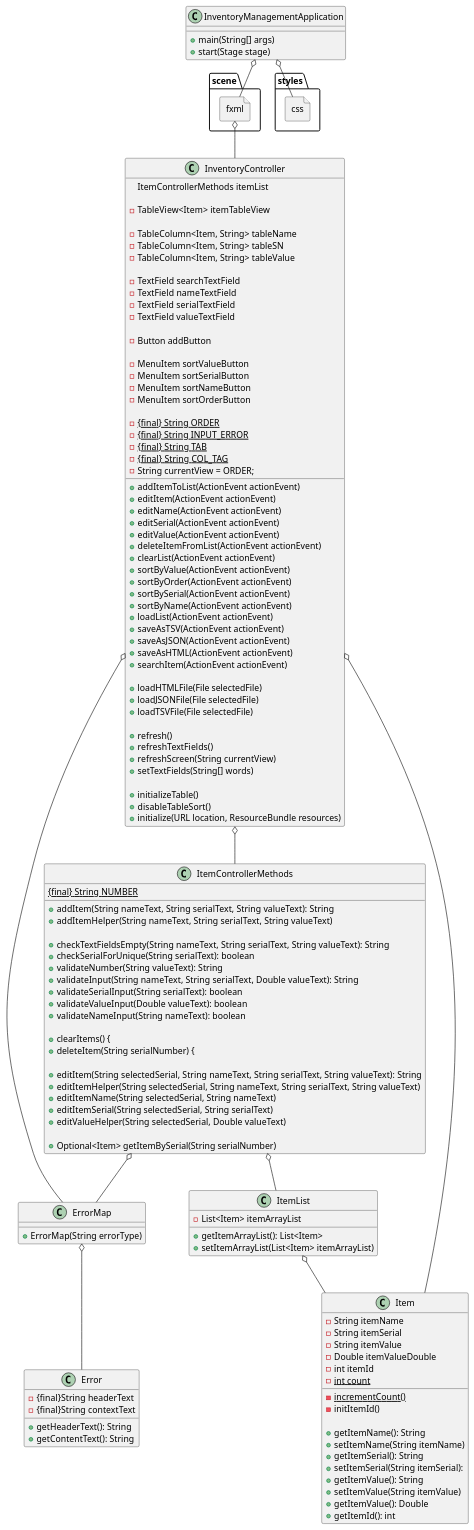
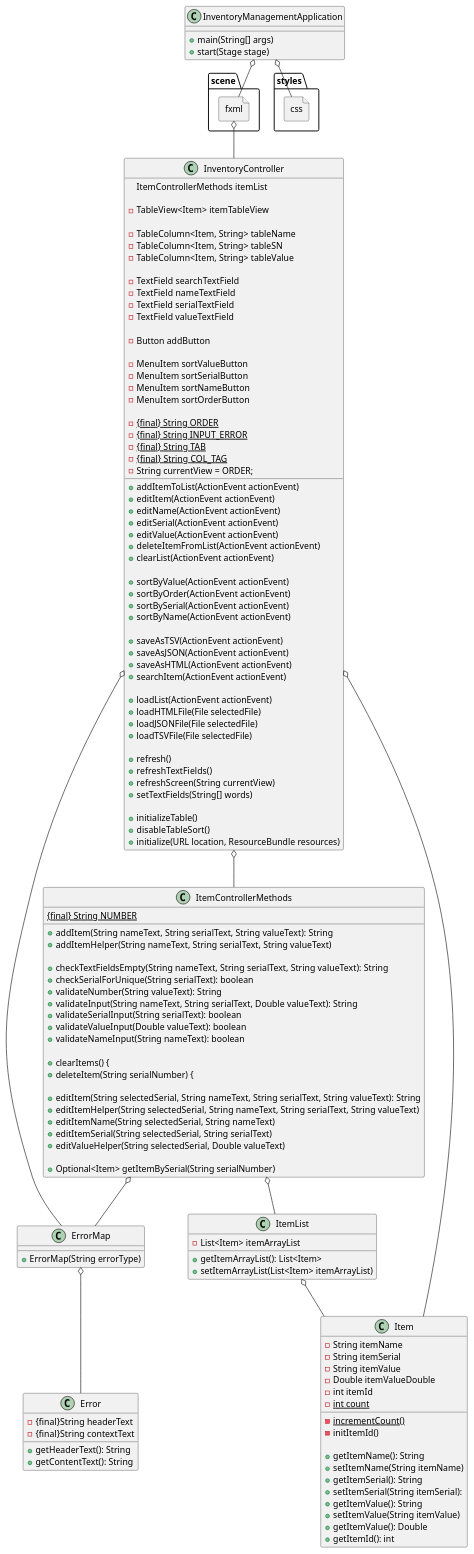
One commit to nader-fares/fares-app2 changed the diagram in InventoryManager/docs/main.puml. Above: the diagram before and after it, drawn with PlantUML. The commit also changed 1 other file, not shown here.

Commit message:
update uml

```diff
--- a/InventoryManager/docs/main.puml
+++ b/InventoryManager/docs/main.puml
@@ -1,156 +1,158 @@
 @startuml
 'https://plantuml.com/sequence-diagram
 
 class InventoryManagementApplication {
 +main(String[] args)
 +start(Stage stage)
 }
 
 class Error {
 -{final}String headerText
 -{final}String contextText
 +getHeaderText(): String
 +getContentText(): String
 }
 
 class ErrorMap {
 +ErrorMap(String errorType)
 }
 
 class InventoryController {
 ItemControllerMethods itemList
 
 -TableView<Item> itemTableView
 
 -TableColumn<Item, String> tableName
 -TableColumn<Item, String> tableSN
 -TableColumn<Item, String> tableValue
 
 -TextField searchTextField
 -TextField nameTextField
 -TextField serialTextField
 -TextField valueTextField
 
 -Button addButton
 
 -MenuItem sortValueButton
 -MenuItem sortSerialButton
 -MenuItem sortNameButton
 -MenuItem sortOrderButton
 
 -{static} {final} String ORDER
 -{static} {final} String INPUT_ERROR
 -{static} {final} String TAB
 -{static} {final} String COL_TAG
 -String currentView = ORDER;
 
 +addItemToList(ActionEvent actionEvent)
 +editItem(ActionEvent actionEvent)
 +editName(ActionEvent actionEvent)
 +editSerial(ActionEvent actionEvent)
 +editValue(ActionEvent actionEvent)
 +deleteItemFromList(ActionEvent actionEvent)
 +clearList(ActionEvent actionEvent)
+
 +sortByValue(ActionEvent actionEvent)
 +sortByOrder(ActionEvent actionEvent)
 +sortBySerial(ActionEvent actionEvent)
 +sortByName(ActionEvent actionEvent)
-+loadList(ActionEvent actionEvent)
+
 +saveAsTSV(ActionEvent actionEvent)
 +saveAsJSON(ActionEvent actionEvent)
 +saveAsHTML(ActionEvent actionEvent)
 +searchItem(ActionEvent actionEvent)
 
++loadList(ActionEvent actionEvent)
 +loadHTMLFile(File selectedFile)
 +loadJSONFile(File selectedFile)
 +loadTSVFile(File selectedFile)
 
 +refresh()
 +refreshTextFields()
 +refreshScreen(String currentView)
 +setTextFields(String[] words)
 
 +initializeTable()
 +disableTableSort()
 +initialize(URL location, ResourceBundle resources)
 
 
 }
 
 class Item {
 -String itemName
 -String itemSerial
 -String itemValue
 -Double itemValueDouble
 -int itemId
 -{static} int count
 
 -{static}incrementCount()
 -initItemId()
 
 +getItemName(): String
 +setItemName(String itemName)
 +getItemSerial(): String
 +setItemSerial(String itemSerial):
 +getItemValue(): String
 +setItemValue(String itemValue)
 +getItemValue(): Double
 +getItemId(): int
 
 }
 class ItemControllerMethods {
 {static}{final} String NUMBER
 
 +addItem(String nameText, String serialText, String valueText): String
 +addItemHelper(String nameText, String serialText, String valueText)
 
 +checkTextFieldsEmpty(String nameText, String serialText, String valueText): String
 +checkSerialForUnique(String serialText): boolean
 +validateNumber(String valueText): String
 +validateInput(String nameText, String serialText, Double valueText): String
 +validateSerialInput(String serialText): boolean
 +validateValueInput(Double valueText): boolean
 +validateNameInput(String nameText): boolean
 
 +clearItems() {
 +deleteItem(String serialNumber) {
 
 +editItem(String selectedSerial, String nameText, String serialText, String valueText): String
 +editItemHelper(String selectedSerial, String nameText, String serialText, String valueText)
 +editItemName(String selectedSerial, String nameText)
 +editItemSerial(String selectedSerial, String serialText)
 +editValueHelper(String selectedSerial, Double valueText)
 
 +Optional<Item> getItemBySerial(String serialNumber)
 
 
 }
 class ItemList {
 -List<Item> itemArrayList
 +getItemArrayList(): List<Item>
 +setItemArrayList(List<Item> itemArrayList)
 }
 
 file scene.fxml {
 }
 
 file styles.css {
 }
 
 InventoryManagementApplication o-- scene.fxml
 InventoryManagementApplication o-- styles.css
 
 scene.fxml o-- InventoryController
 
 InventoryController o-- Item
 ItemList o-- Item
 
 InventoryController o-- ErrorMap
 ItemControllerMethods o-- ErrorMap
 
 ErrorMap o-- Error
 
 InventoryController o-- ItemControllerMethods
 
 ItemControllerMethods o--ItemList
 @enduml
```
